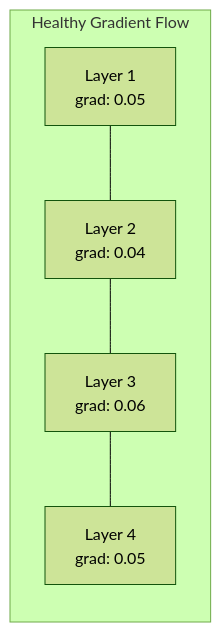
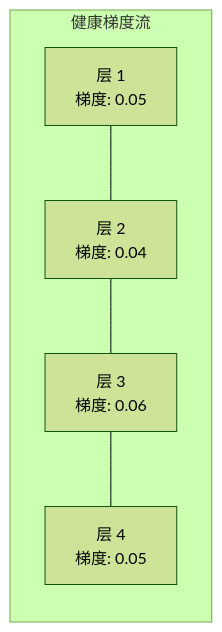
One commit to guangningsun/ailearning changed the third of 5 diagrams in lessons/03-deep-learning-core/13-debugging-neural-networks/docs/zh.md. Above: the diagram before and after it, drawn with Mermaid (forest theme). The commit also changed other lines of this file and 13 other files, not shown here.

````diff
--- a/lessons/03-deep-learning-core/13-debugging-neural-networks/docs/zh.md
+++ b/lessons/03-deep-learning-core/13-debugging-neural-networks/docs/zh.md
@@ -133,6 +133,6 @@
 ```mermaid
 graph LR
-    subgraph "Healthy Gradient Flow"
-        L1["Layer 1<br/>grad: 0.05"] --- L2["Layer 2<br/>grad: 0.04"] --- L3["Layer 3<br/>grad: 0.06"] --- L4["Layer 4<br/>grad: 0.05"]
+    subgraph "健康梯度流"
+        L1["层 1<br/>梯度: 0.05"] --- L2["层 2<br/>梯度: 0.04"] --- L3["层 3<br/>梯度: 0.06"] --- L4["层 4<br/>梯度: 0.05"]
     end
 ```
````
